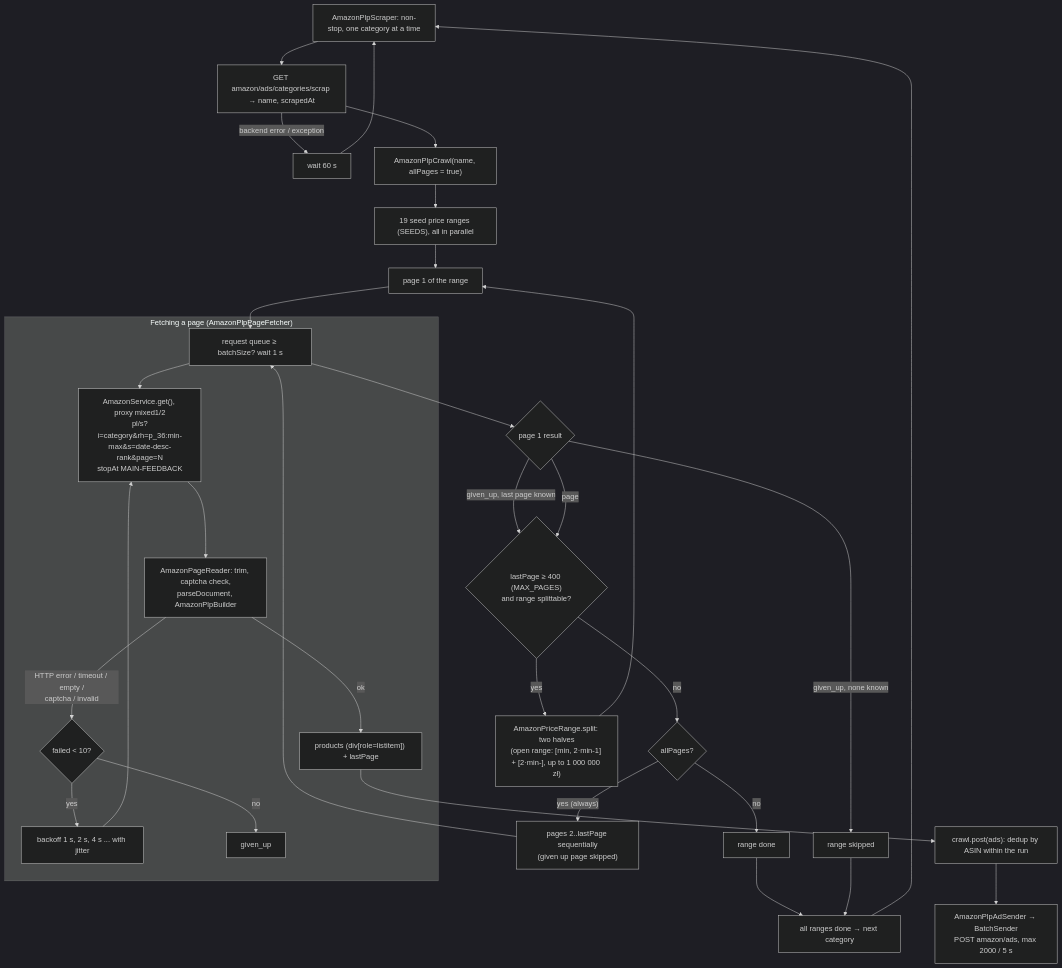
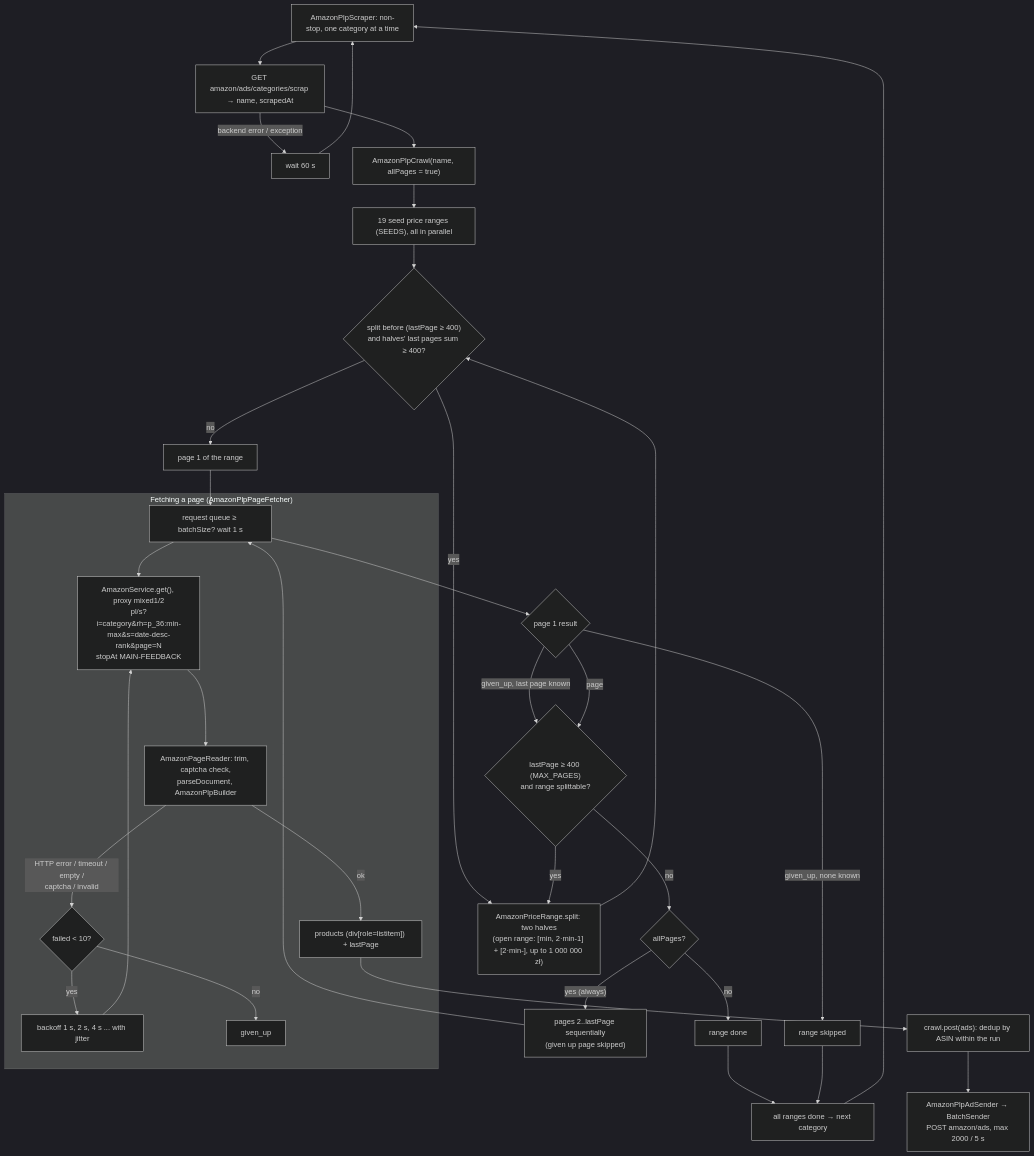
One commit to kdembski/amazon-scraper changed the diagram in .claude/rules/amazon/plp.md. Above: the diagram before and after it, drawn with Mermaid (dark theme). The commit also changed other lines of this file and 2 other files, not shown here.

Commit message:
Skip page 1 of PLP price ranges still known to be split

````diff
--- a/.claude/rules/amazon/plp.md
+++ b/.claude/rules/amazon/plp.md
@@ -18,33 +18,35 @@
 ```mermaid
 flowchart TD
   loop["AmazonPlpScraper: non-stop, one category at a time"] --> cat["GET amazon/ads/categories/scrap → name, scrapedAt"]
   cat -- "backend error / exception" --> wait["wait 60 s"] --> loop
   cat --> crawl["AmazonPlpCrawl(name, allPages = true)"]
   crawl --> seeds["19 seed price ranges (SEEDS), all in parallel"]
 
-  seeds --> page1["page 1 of the range"]
+  seeds --> known{"split before (lastPage ≥ 400)<br/>and halves' last pages sum ≥ 400?"}
+  known -- "yes" --> halves
+  known -- "no" --> page1["page 1 of the range"]
   page1 --> fetch
   fetch --> p1res{"page 1 result"}
   p1res -- "given_up, last page known" --> split
   p1res -- "given_up, none known" --> skipRange["range skipped"]
   p1res -- "page" --> split{"lastPage ≥ 400 (MAX_PAGES)<br/>and range splittable?"}
   split -- "yes" --> halves["AmazonPriceRange.split: two halves<br/>(open range: [min, 2·min-1] + [2·min-], up to 1 000 000 zł)"]
-  halves --> page1
+  halves --> known
   split -- "no" --> all{"allPages?"}
   all -- "no" --> rangeDone["range done"]
   all -- "yes (always)" --> pages["pages 2..lastPage sequentially<br/>(given up page skipped)"]
   pages --> fetch
 
   subgraph fetcher ["Fetching a page (AmazonPlpPageFetcher)"]
     fetch["request queue ≥ batchSize? wait 1 s"] --> req["AmazonService.get(), proxy mixed1/2<br/>pl/s?i=category&rh=p_36:min-max&s=date-desc-rank&page=N<br/>stopAt MAIN-FEEDBACK"]
     req --> reader["AmazonPageReader: trim, captcha check,<br/>parseDocument, AmazonPlpBuilder"]
     reader -- "HTTP error / timeout / empty /<br/>captcha / invalid" --> retry{"failed < 10?"}
     retry -- yes --> backoff["backoff 1 s, 2 s, 4 s ... with jitter"] --> req
     retry -- no --> givenup["given_up"]
     reader -- "ok" --> page["products (div[role=listitem]) + lastPage"]
   end
 
   page --> post["crawl.post(ads): dedup by ASIN within the run"]
   post --> sender["AmazonPlpAdSender → BatchSender<br/>POST amazon/ads, max 2000 / 5 s"]
   rangeDone & skipRange --> catDone["all ranges done → next category"] --> loop
 ```
````
